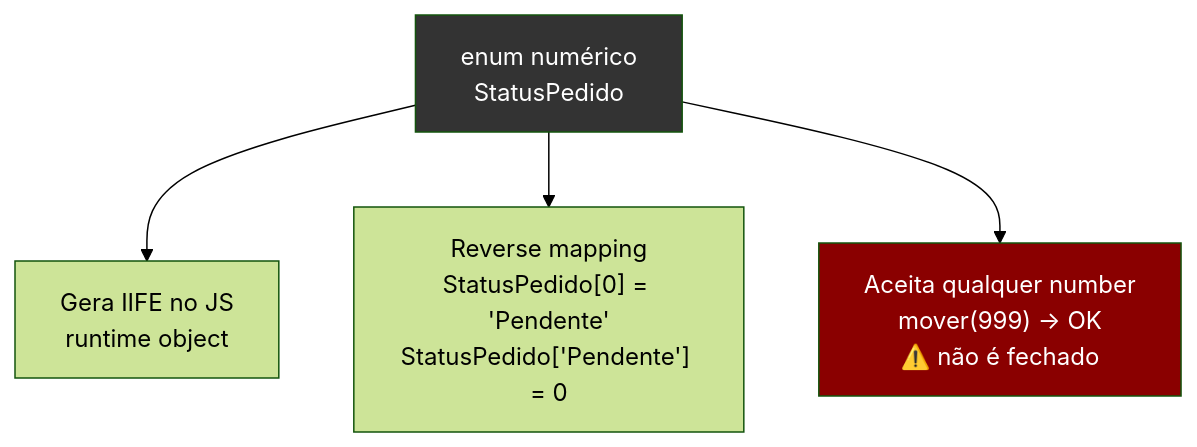
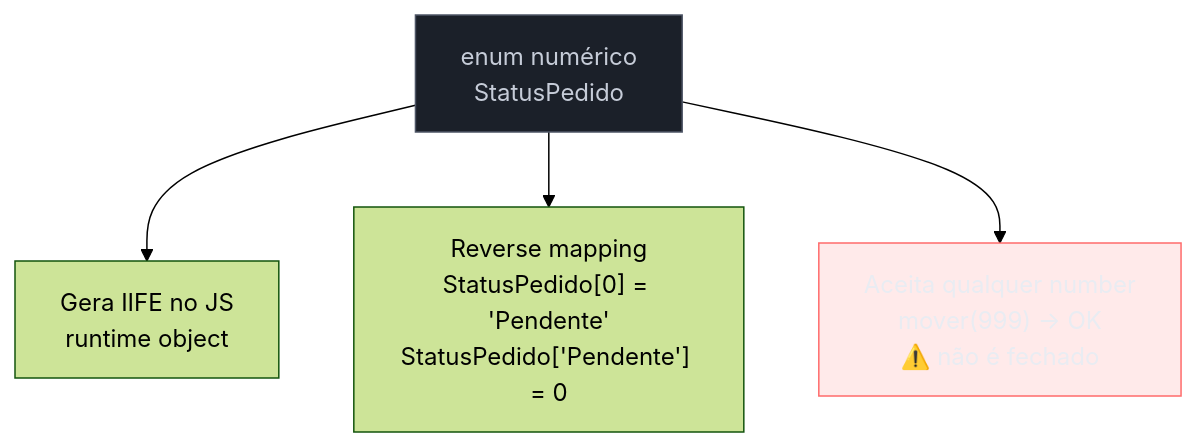
One commit to josenaldo/codex-technomanticus changed the first of 4 diagrams in 03-Dominios/Tecnologia/TypeScript/19 - Enums, const objects e modelagem de constantes.md. Above: the diagram before and after it, drawn with Mermaid (forest theme). The commit also changed other lines of this file and 1181 other files, not shown here.

First line of the commit message:
fix(diagramas): paleta do sistema no lugar de cor cravada no markdown

````diff
--- a/03-Dominios/Tecnologia/TypeScript/19 - Enums, const objects e modelagem de constantes.md
+++ b/03-Dominios/Tecnologia/TypeScript/19 - Enums, const objects e modelagem de constantes.md
@@ -108,14 +108,16 @@
 ```mermaid
 flowchart TD
+    classDef falha fill:#FF6B6B24,stroke:#FF6B6B,color:#E9ECF2
+    classDef neutro fill:#1B2029,stroke:#4E5666,color:#C6CCD8
     EN["enum numérico\nStatusPedido"]
     GEN["Gera IIFE no JS\nruntime object"]
     RM["Reverse mapping\nStatusPedido[0] = 'Pendente'\nStatusPedido['Pendente'] = 0"]
     BH["Aceita qualquer number\nmover(999) → OK\n⚠️ não é fechado"]
 
     EN --> GEN
     EN --> RM
     EN --> BH
 
-    style BH fill:#8a0000,color:#fff
-    style EN fill:#333,color:#fff
+    class BH falha
+    class EN neutro
 ```
````
